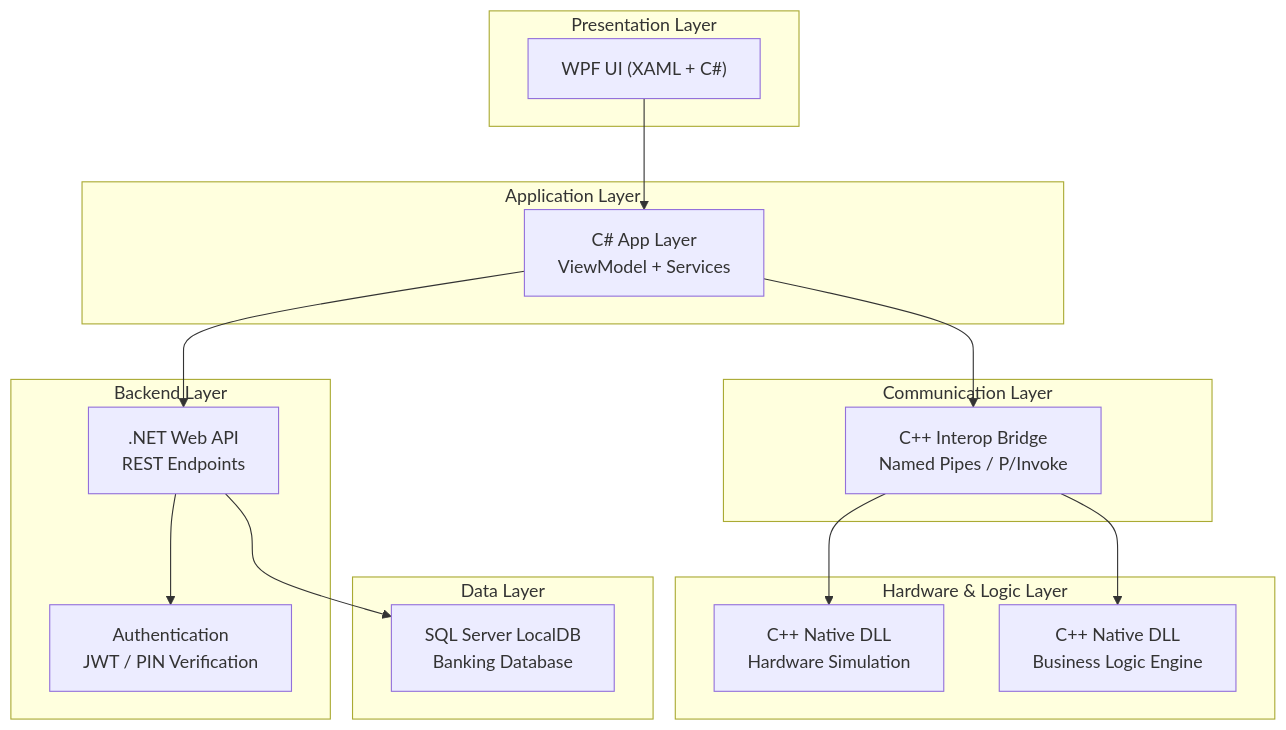
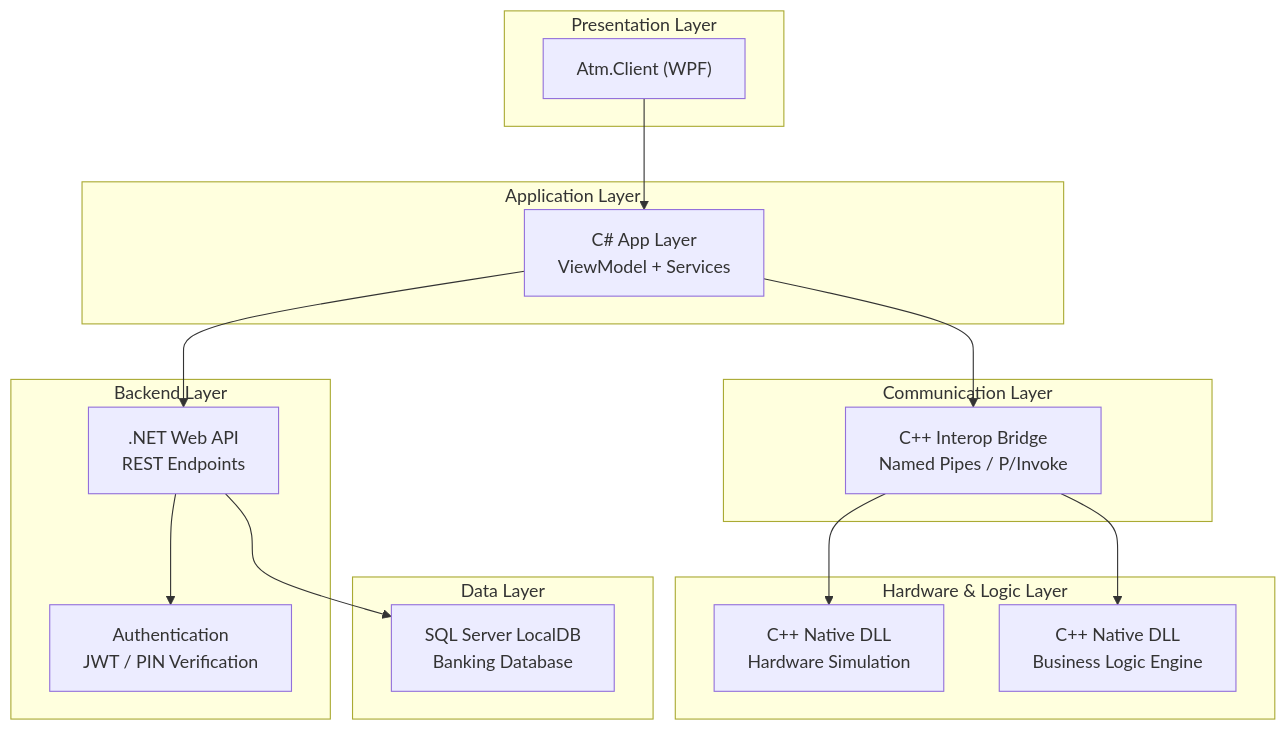
Before and after one commit to havilz/Bankingecosystem: the first of 3 diagrams in implementation_plan.md, drawn with Mermaid. The commit also changed other lines of this file and 389 other files, not shown here.

````diff
--- a/implementation_plan.md
+++ b/implementation_plan.md
@@ -9,36 +9,36 @@
 ```mermaid
 graph TB
     subgraph "Presentation Layer"
-        UI["WPF UI (XAML + C#)"]
+        UI["Atm.Client (WPF)"]
     end
 
     subgraph "Application Layer"
         APP["C# App Layer<br/>ViewModel + Services"]
     end
 
     subgraph "Hardware & Logic Layer"
         HW["C++ Native DLL<br/>Hardware Simulation"]
         LOGIC["C++ Native DLL<br/>Business Logic Engine"]
     end
 
     subgraph "Communication Layer"
         COM["C++ Interop Bridge<br/>Named Pipes / P/Invoke"]
     end
 
     subgraph "Backend Layer"
         API[".NET Web API<br/>REST Endpoints"]
         AUTH["Authentication<br/>JWT / PIN Verification"]
     end
 
     subgraph "Data Layer"
         DB["SQL Server LocalDB<br/>Banking Database"]
     end
 
     UI --> APP
     APP --> COM
     COM --> HW
     COM --> LOGIC
     APP --> API
     API --> AUTH
     API --> DB
 ```
````
